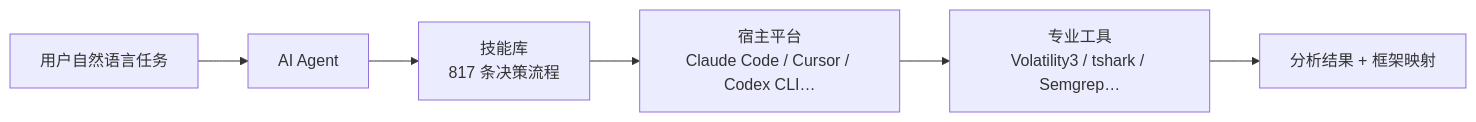
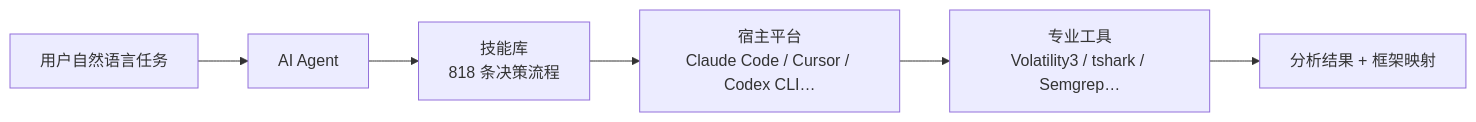
One commit to A1pha3/text-matrix changed the diagram in content/posts/tech/anthropic-cybersecurity-skills-ai-security-analysis.md. Above: the diagram before and after it, drawn with Mermaid. The commit also changed other lines of this file and 331 other files, not shown here.

````diff
--- a/content/posts/tech/anthropic-cybersecurity-skills-ai-security-analysis.md
+++ b/content/posts/tech/anthropic-cybersecurity-skills-ai-security-analysis.md
@@ -25,8 +23,8 @@
 ```mermaid
 flowchart LR
     A["用户自然语言任务"] --> B["AI Agent"]
-    B --> C["技能库<br/>817 条决策流程"]
+    B --> C["技能库<br/>818 条决策流程"]
     C --> D["宿主平台<br/>Claude Code / Cursor / Codex CLI…"]
     D --> E["专业工具<br/>Volatility3 / tshark / Semgrep…"]
     E --> F["分析结果 + 框架映射"]
 ```
````
